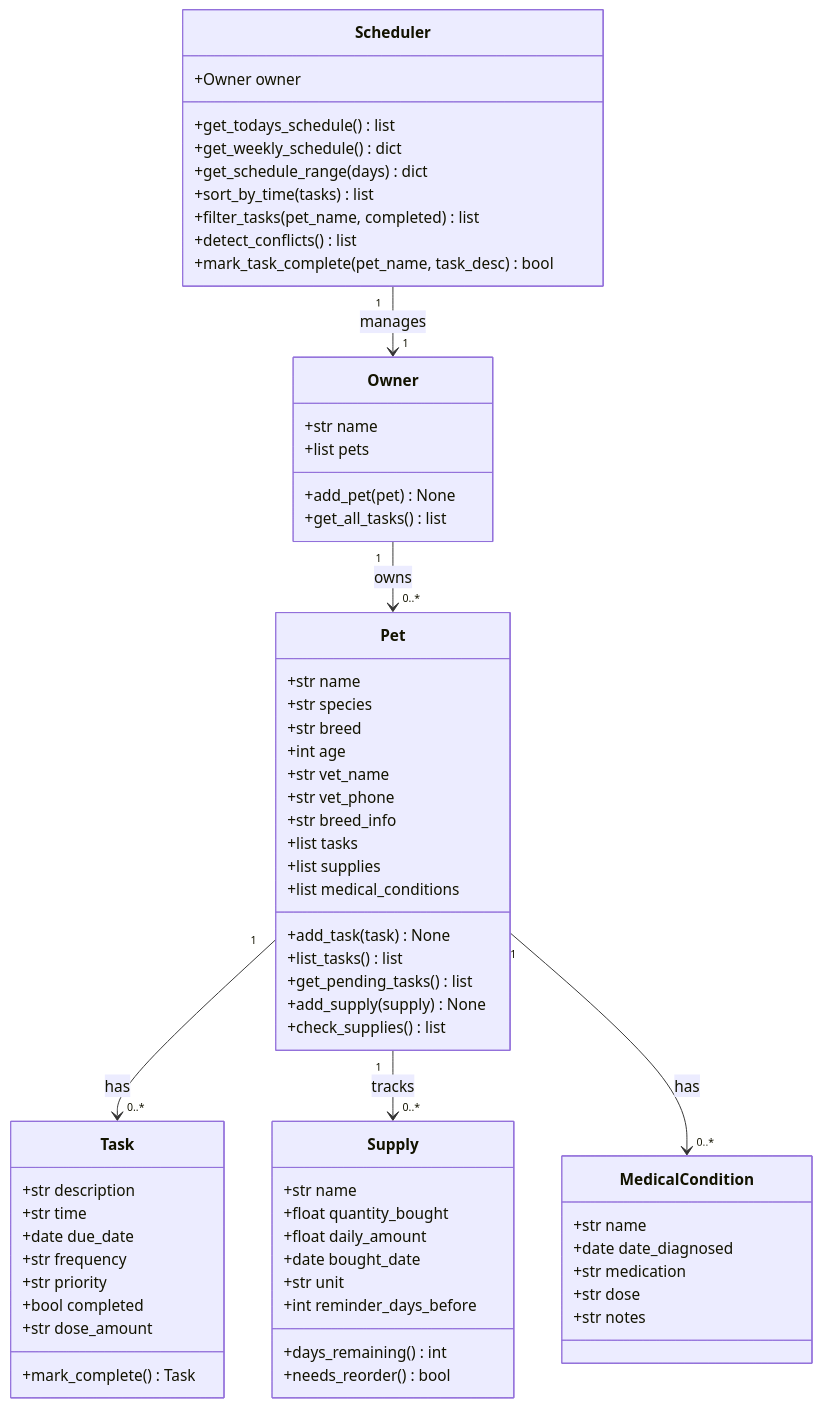
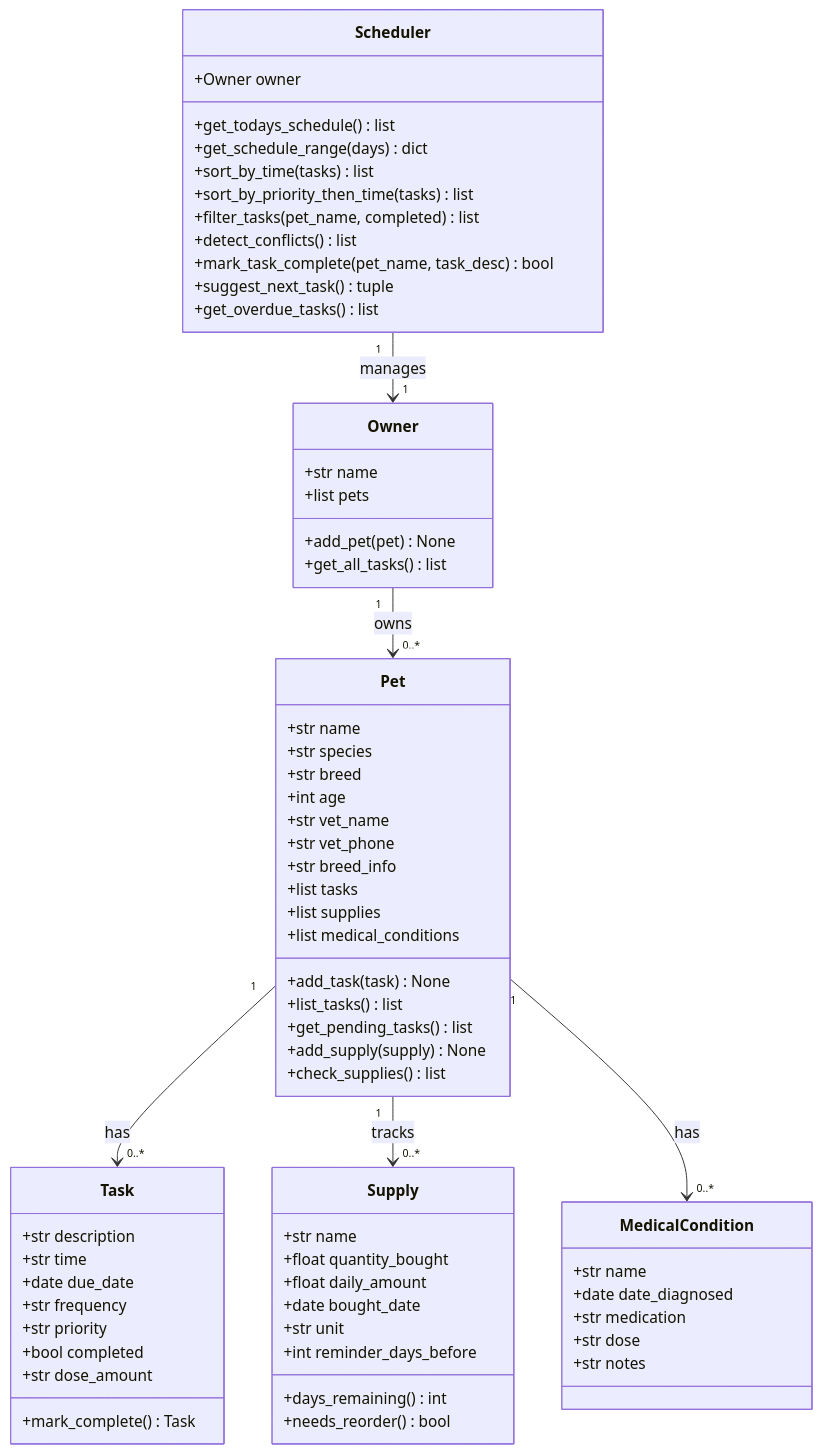
The diagram in diagrams/uml_final.mmd (KiranmaiMrudulaV/ai110-module2show-pawpal-starter), drawn with Mermaid before and after one commit. The commit also changed 1 other file, not shown here.

Commit message:
fix: update UML and README CLI output to match final implementation
Add suggest_next_task, get_overdue_tasks, sort_by_priority_then_time
to UML. Remove non-existent get_weekly_schedule. Update sample CLI
output in README to include all new algorithm sections.

```diff
--- a/diagrams/uml_final.mmd
+++ b/diagrams/uml_final.mmd
@@ -1,72 +1,74 @@
 classDiagram
     class Task {
         +str description
         +str time
         +date due_date
         +str frequency
         +str priority
         +bool completed
         +str dose_amount
         +mark_complete() Task
     }
 
     class Supply {
         +str name
         +float quantity_bought
         +float daily_amount
         +date bought_date
         +str unit
         +int reminder_days_before
         +days_remaining() int
         +needs_reorder() bool
     }
 
     class MedicalCondition {
         +str name
         +date date_diagnosed
         +str medication
         +str dose
         +str notes
     }
 
     class Pet {
         +str name
         +str species
         +str breed
         +int age
         +str vet_name
         +str vet_phone
         +str breed_info
         +list tasks
         +list supplies
         +list medical_conditions
         +add_task(task) None
         +list_tasks() list
         +get_pending_tasks() list
         +add_supply(supply) None
         +check_supplies() list
     }
 
     class Owner {
         +str name
         +list pets
         +add_pet(pet) None
         +get_all_tasks() list
     }
 
     class Scheduler {
         +Owner owner
         +get_todays_schedule() list
-        +get_weekly_schedule() dict
         +get_schedule_range(days) dict
         +sort_by_time(tasks) list
+        +sort_by_priority_then_time(tasks) list
         +filter_tasks(pet_name, completed) list
         +detect_conflicts() list
         +mark_task_complete(pet_name, task_desc) bool
+        +suggest_next_task() tuple
+        +get_overdue_tasks() list
     }
 
     Owner "1" --> "0..*" Pet : owns
     Pet "1" --> "0..*" Task : has
     Pet "1" --> "0..*" Supply : tracks
     Pet "1" --> "0..*" MedicalCondition : has
     Scheduler "1" --> "1" Owner : manages
```
